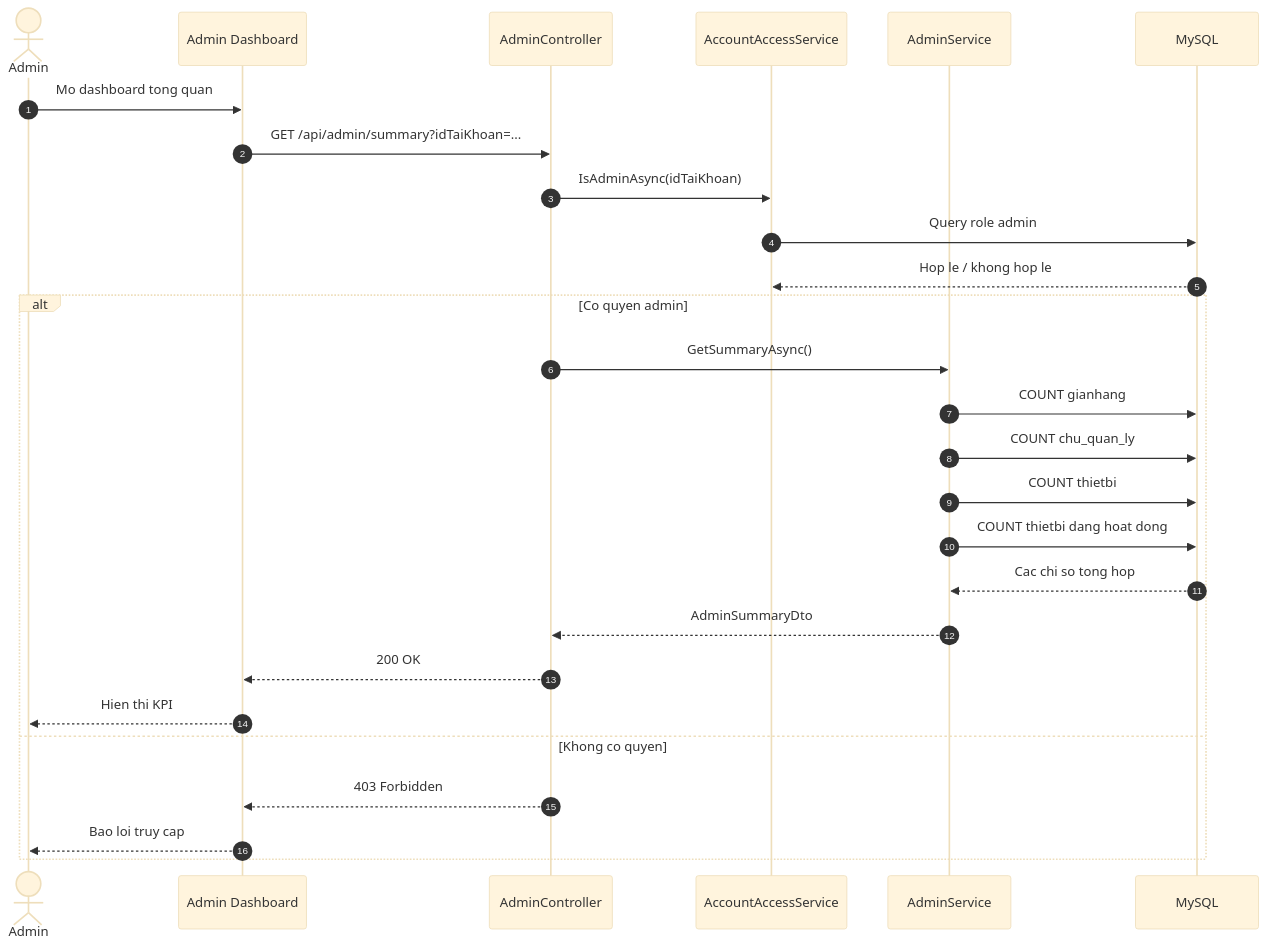
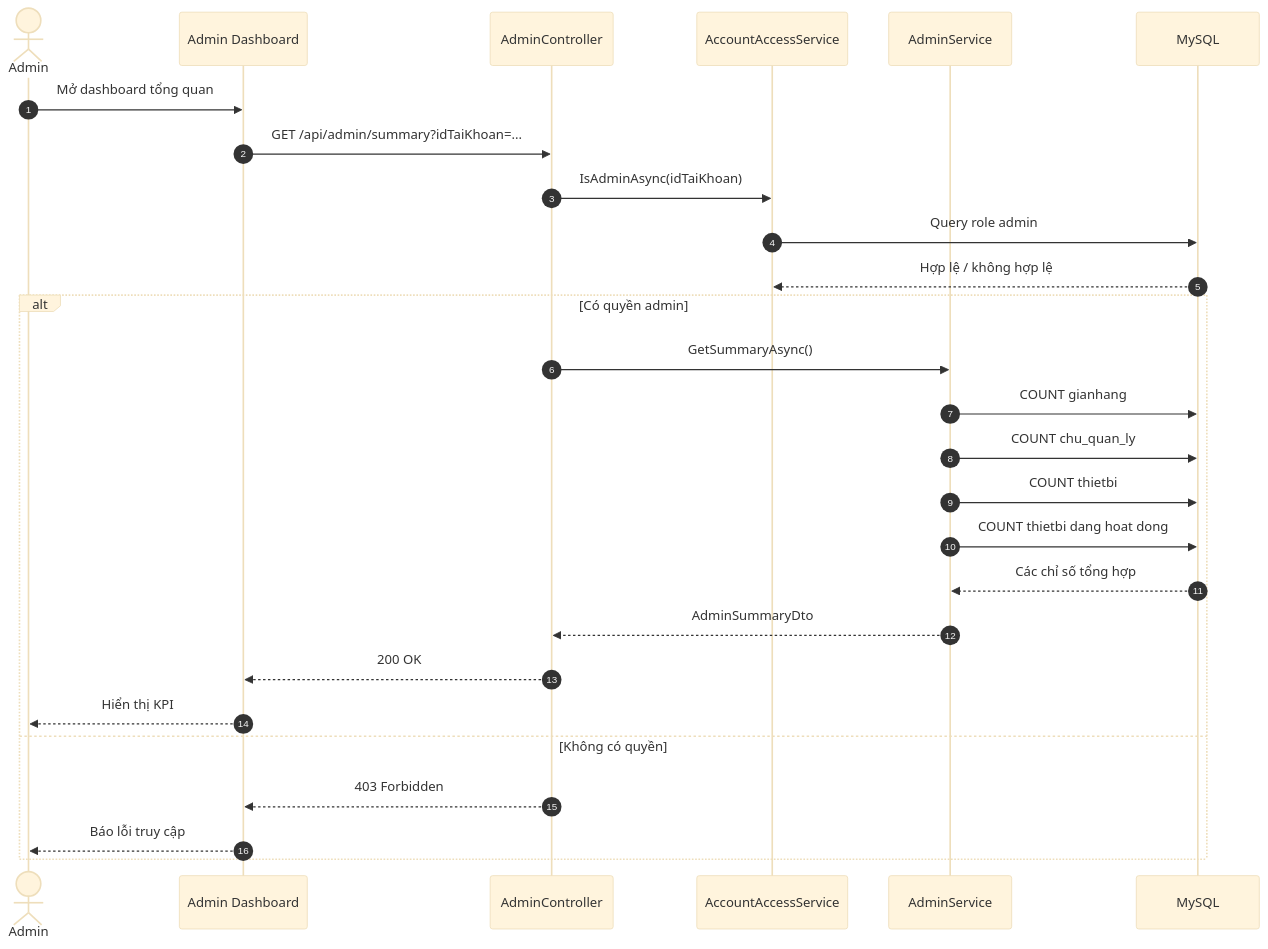
One commit to ledat2412/C-SA-T changed diagram 15 of 17 in sequence-mermaid.md. Above: the diagram before and after it, drawn with Mermaid (base theme). The commit also changed other lines of this file and 38 other files, not shown here.

````diff
--- a/sequence-mermaid.md
+++ b/sequence-mermaid.md
@@ -471,31 +541,31 @@
 ```mermaid
 sequenceDiagram
     autonumber
     actor Admin
     participant Dashboard as Admin Dashboard
     participant AdminCtl as AdminController
     participant AccessSvc as AccountAccessService
     participant AdminSvc as AdminService
     participant DB as MySQL
 
-    Admin->>Dashboard: Mo dashboard tong quan
+    Admin->>Dashboard: Mở dashboard tổng quan
     Dashboard->>AdminCtl: GET /api/admin/summary?idTaiKhoan=...
     AdminCtl->>AccessSvc: IsAdminAsync(idTaiKhoan)
     AccessSvc->>DB: Query role admin
-    DB-->>AccessSvc: Hop le / khong hop le
+    DB-->>AccessSvc: Hợp lệ / không hợp lệ
 
-    alt Co quyen admin
+    alt Có quyền admin
         AdminCtl->>AdminSvc: GetSummaryAsync()
         AdminSvc->>DB: COUNT gianhang
         AdminSvc->>DB: COUNT chu_quan_ly
         AdminSvc->>DB: COUNT thietbi
         AdminSvc->>DB: COUNT thietbi dang hoat dong
-        DB-->>AdminSvc: Cac chi so tong hop
+        DB-->>AdminSvc: Các chỉ số tổng hợp
         AdminSvc-->>AdminCtl: AdminSummaryDto
         AdminCtl-->>Dashboard: 200 OK
-        Dashboard-->>Admin: Hien thi KPI
-    else Khong co quyen
+        Dashboard-->>Admin: Hiển thị KPI
+    else Không có quyền
         AdminCtl-->>Dashboard: 403 Forbidden
-        Dashboard-->>Admin: Bao loi truy cap
+        Dashboard-->>Admin: Báo lỗi truy cập
     end
 ```
````
